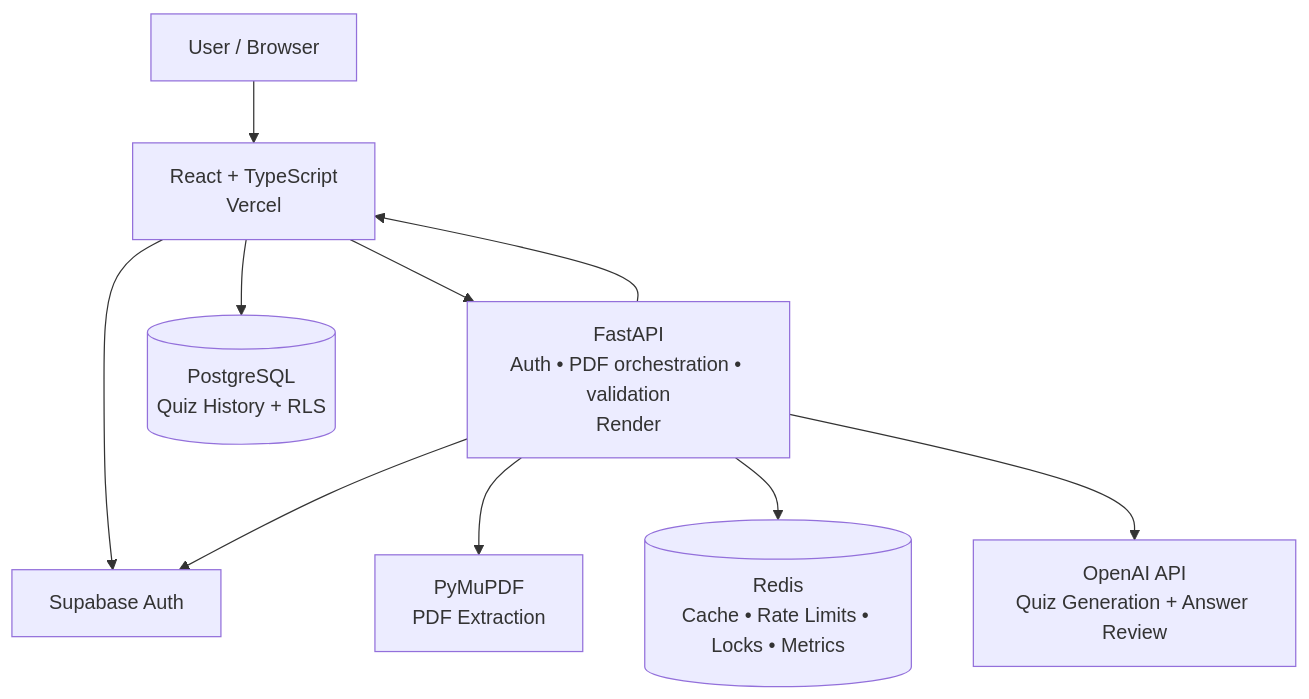
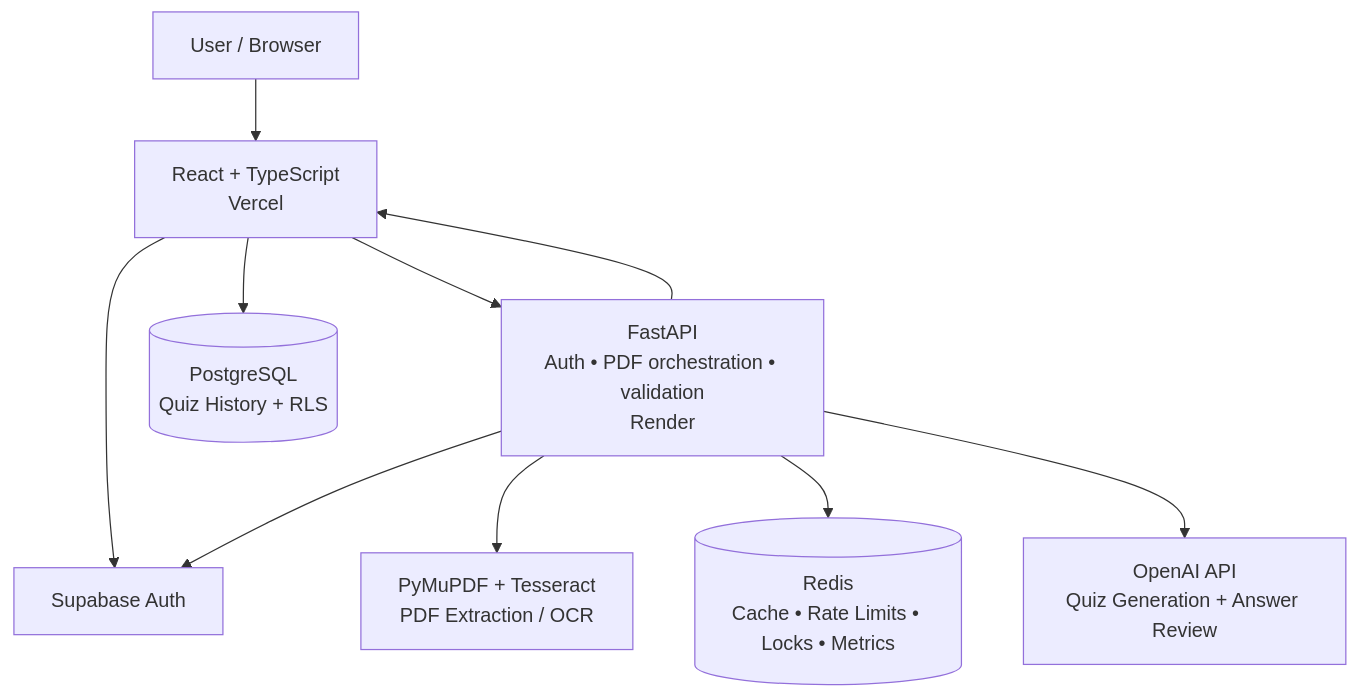
Before and after one commit to HamedGithubforwork/QuizForge-AI: the diagram in README.md, drawn with Mermaid. The commit also changed other lines of this file, not shown here.

Commit message:
Document OCR and current quality gates

````diff
--- a/README.md
+++ b/README.md
@@ -133,23 +135,23 @@
 ```mermaid
 flowchart TD
     USER[User / Browser]
     FE[React + TypeScript<br/>Vercel]
     API[FastAPI<br/>Auth • PDF orchestration • validation<br/>Render]
 
     AUTH[Supabase Auth]
     DB[(PostgreSQL<br/>Quiz History + RLS)]
-    PDF[PyMuPDF<br/>PDF Extraction]
+    PDF[PyMuPDF + Tesseract<br/>PDF Extraction / OCR]
     REDIS[(Redis<br/>Cache • Rate Limits • Locks • Metrics)]
     AI[OpenAI API<br/>Quiz Generation + Answer Review]
 
     USER --> FE
     FE --> AUTH
     FE --> DB
     FE --> API
 
     API --> AUTH
     API --> PDF
     API --> REDIS
     API --> AI
     API --> FE
 ```
````
